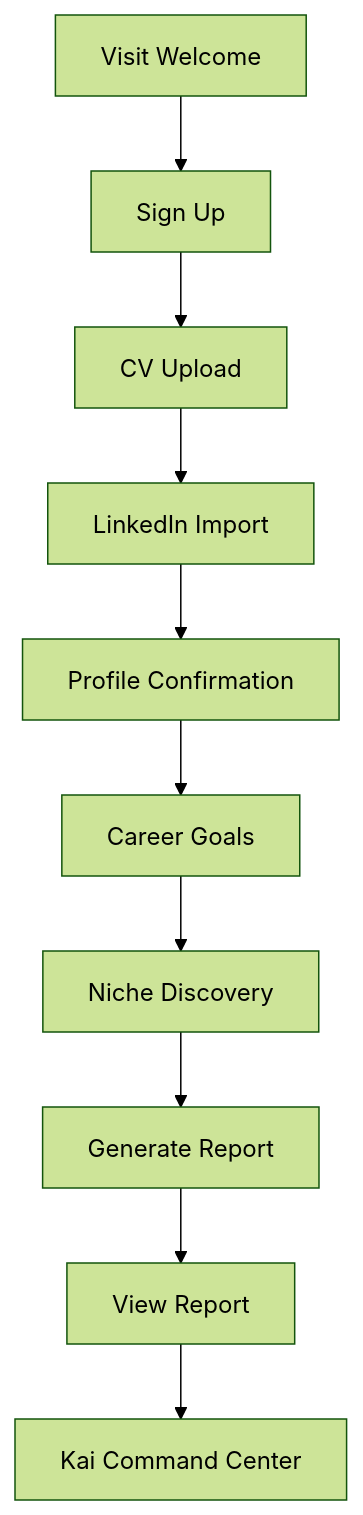
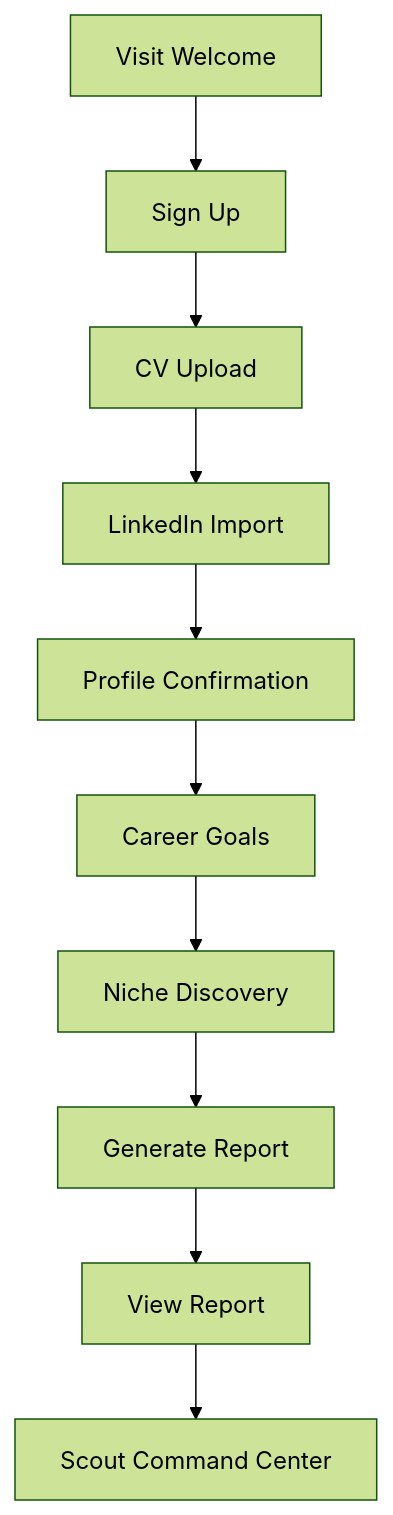
Before and after one commit to Mirzzie/Fadi: the diagram in docs/ONBOARDING_FUNNEL.md, drawn with Mermaid (forest theme). The commit also changed other lines of this file and 142 other files, not shown here.

First line of the commit message:
feat!: rename Kai → Scout — the agent that finds what's ahead of you

````diff
--- a/docs/ONBOARDING_FUNNEL.md
+++ b/docs/ONBOARDING_FUNNEL.md
@@ -9,12 +9,12 @@
 ```mermaid
 flowchart TD
     Visit[Visit Welcome] --> Signup[Sign Up]
     Signup --> CV[CV Upload]
     CV --> LinkedIn[LinkedIn Import]
     LinkedIn --> Profile[Profile Confirmation]
     Profile --> Goals[Career Goals]
     Goals --> Niche[Niche Discovery]
     Niche --> Analysis[Generate Report]
     Analysis --> Report[View Report]
-    Report --> Dashboard[Kai Command Center]
+    Report --> Dashboard[Scout Command Center]
 ```
````
